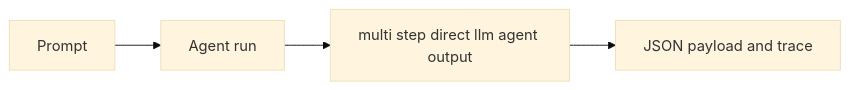
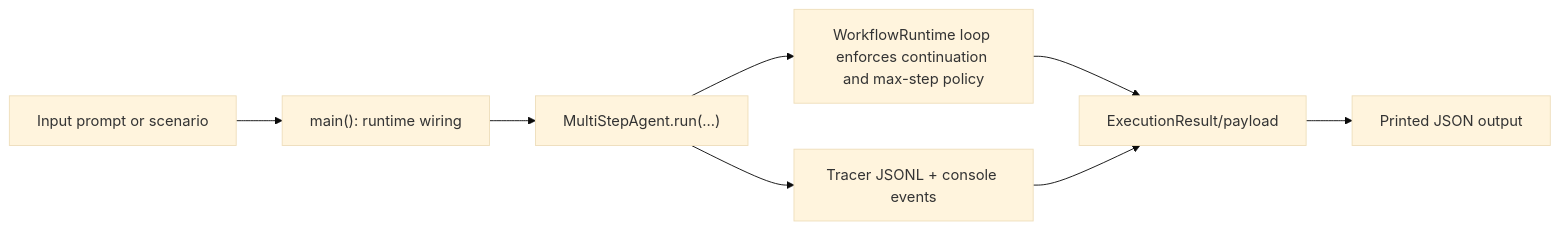
The diagram in docs/examples/agents/multi_step_direct_llm_agent.rst (cmudrc/design-research-agents), drawn with Mermaid (base theme) before and after one commit. The commit also changed other lines of this file and 83 other files, not shown here.

```diff
--- a/docs/examples/agents/multi_step_direct_llm_agent.rst
+++ b/docs/examples/agents/multi_step_direct_llm_agent.rst
@@ -21,6 +22,10 @@
 .. mermaid::
 
    flowchart LR
-       A["Prompt"] --> B["Agent run"]
-       B --> C["multi step direct llm agent output"]
-       C --> D["JSON payload and trace"]
+       A["Input prompt or scenario"] --> B["main(): runtime wiring"]
+       B --> C["MultiStepAgent.run(...)"]
+       C --> D["WorkflowRuntime loop enforces continuation and max-step policy"]
+       C --> E["Tracer JSONL + console events"]
+       D --> F["ExecutionResult/payload"]
+       E --> F
+       F --> G["Printed JSON output"]
```
